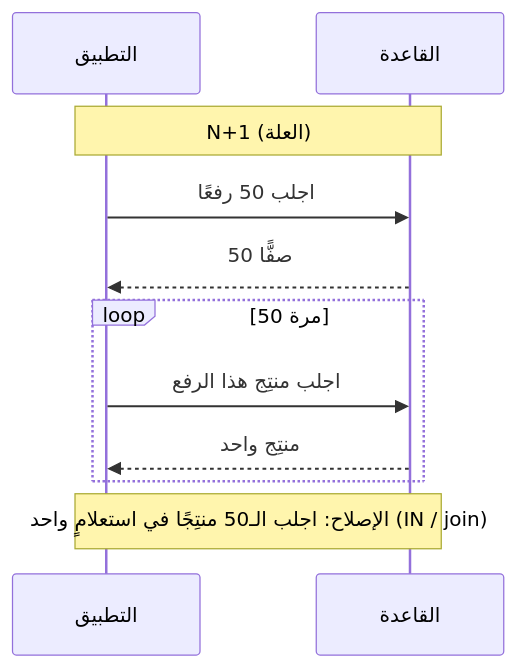
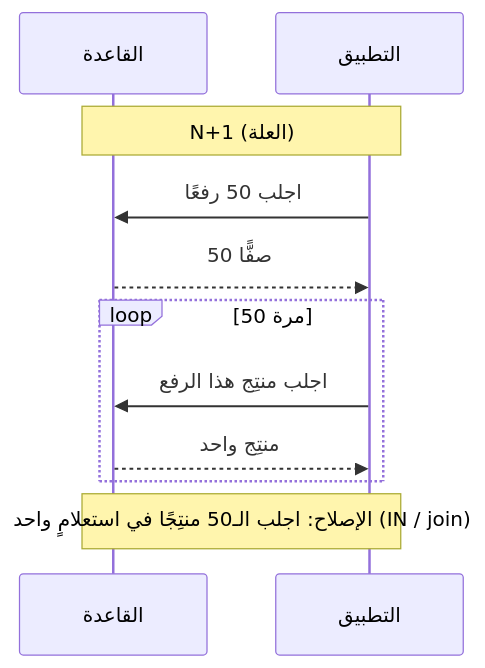
Before and after one commit to Tamoura/system-design-for-vibe-coders: the eighth of 10 diagrams in modules/02-data-storage-backups/module.ar.md, drawn with Mermaid. The commit also changed other lines of this file and 31 other files, not shown here.

First line of the commit message:
Arabic editions: diagrams flow right to left

````diff
--- a/modules/02-data-storage-backups/module.ar.md
+++ b/modules/02-data-storage-backups/module.ar.md
@@ -674,13 +674,13 @@
 ```mermaid
 sequenceDiagram
+    participant DB as القاعدة
     participant App as التطبيق
-    participant DB as القاعدة
     Note over App,DB: N+1 (العلة)
     App->>DB: اجلب 50 رفعًا
     DB-->>App: 50 صفًّا
     loop 50 مرة
         App->>DB: اجلب منتِج هذا الرفع
         DB-->>App: منتِج واحد
     end
     Note over App,DB: الإصلاح: اجلب الـ50 منتِجًا في استعلامٍ واحد (IN / join)
 ```
````
